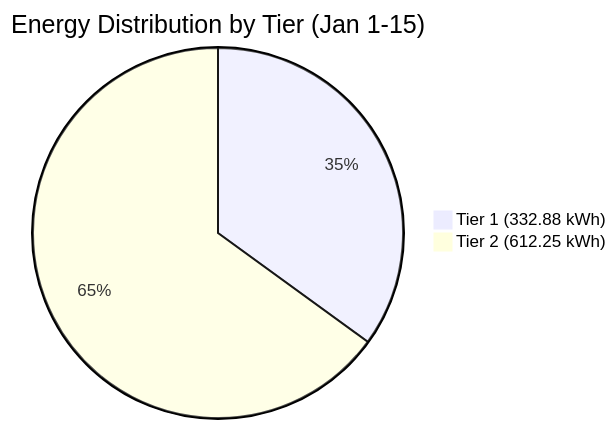
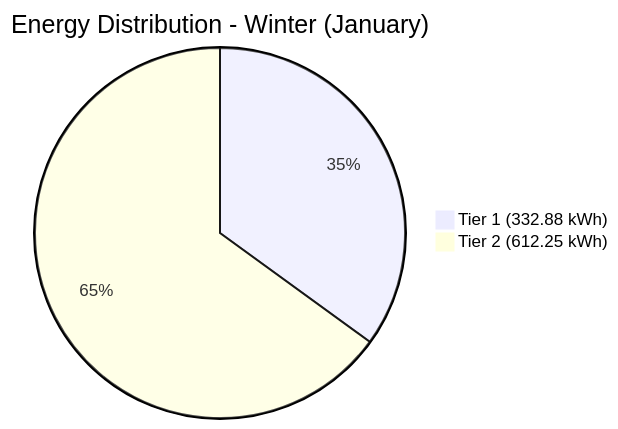
One commit to murr2k/linknode-com changed the second of 11 diagrams in docs/BC_HYDRO_RATE_ANALYSIS.md. Above: the diagram before and after it, drawn with Mermaid. The commit also changed other lines of this file and 1 other file, not shown here.

````diff
--- a/docs/BC_HYDRO_RATE_ANALYSIS.md
+++ b/docs/BC_HYDRO_RATE_ANALYSIS.md
@@ -15,5 +72,5 @@
 ```mermaid
-pie title Energy Distribution by Tier (Jan 1-15)
+pie title Energy Distribution - Winter (January)
     "Tier 1 (332.88 kWh)" : 35
     "Tier 2 (612.25 kWh)" : 65
 ```
````
